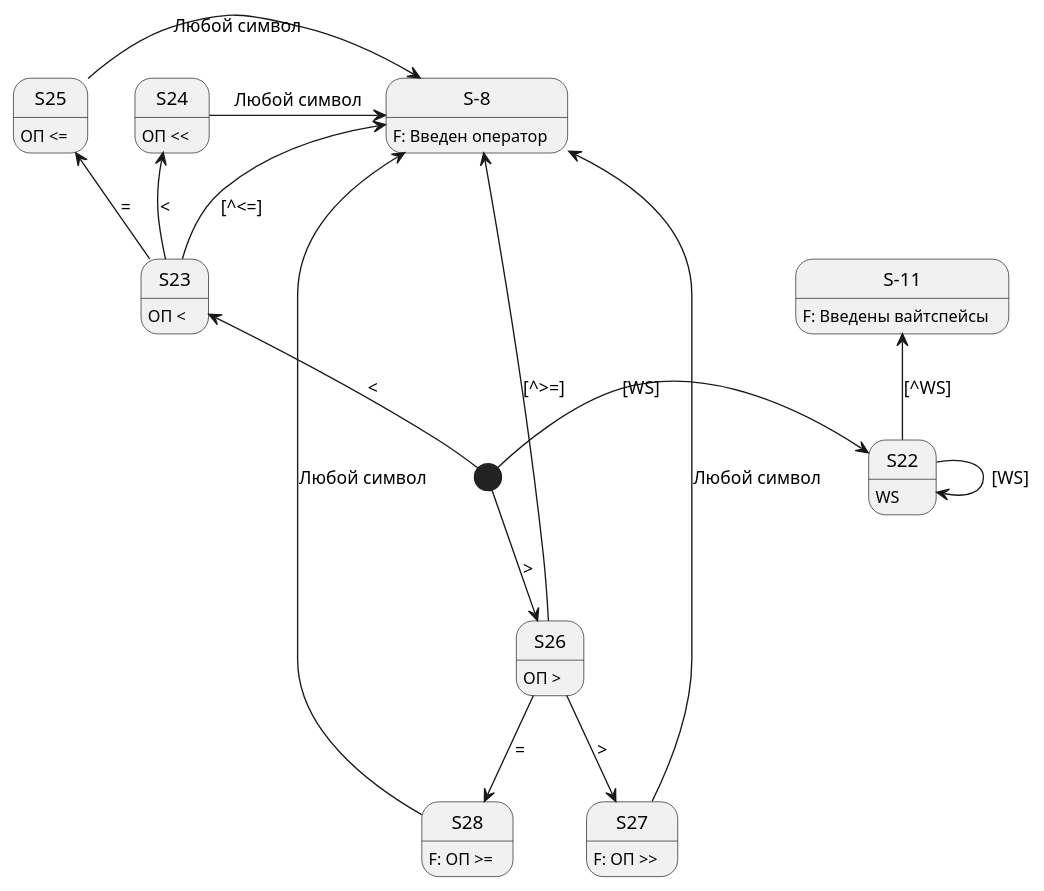
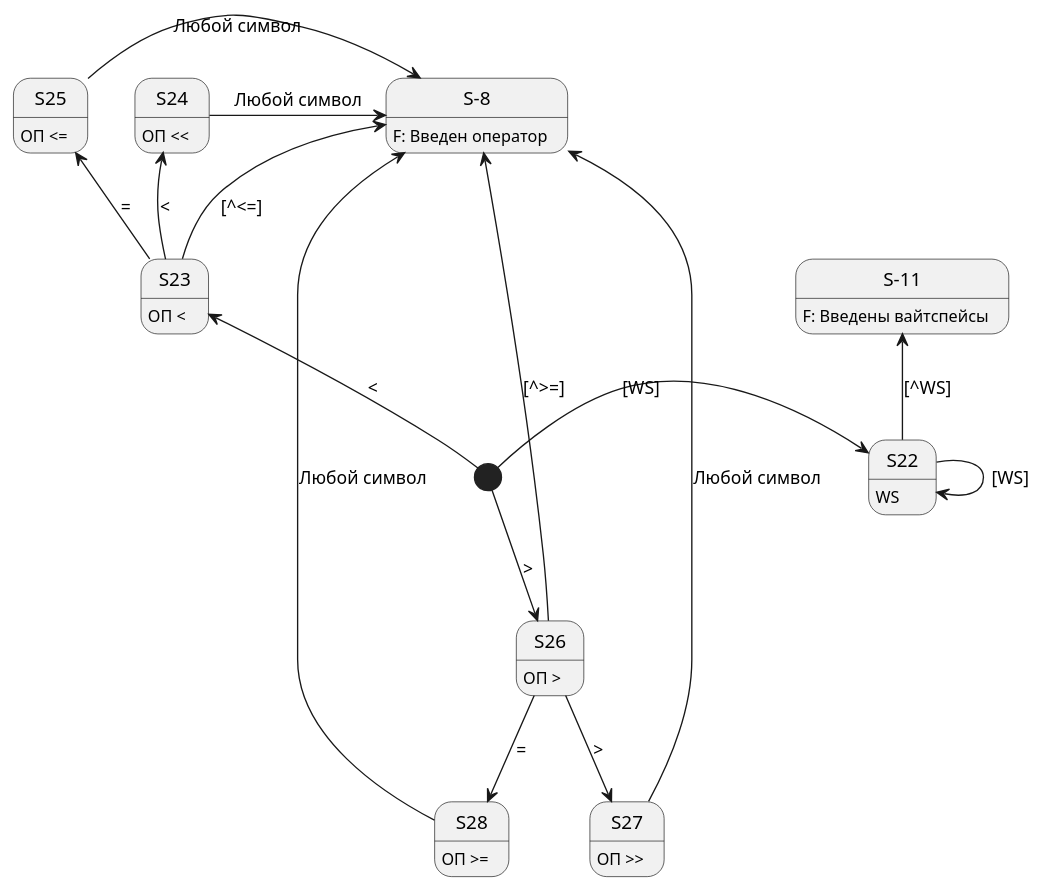
One commit to vladimirlll/CSharpLexicalAnalyzer changed the diagram in Диаграмма состояния для ЛА/sd3.puml. Above: the diagram before and after it, drawn with PlantUML. The commit also changed 6 other files, not shown here.

Commit message:
Небольшие изменения - изменение нейминга в диаграммах, удаление мертвого кода

```diff
--- a/Диаграмма состояния для ЛА/sd3.puml
+++ b/Диаграмма состояния для ЛА/sd3.puml
@@ -1,33 +1,33 @@
 @startuml "sd3"
 
 state "S-8" as Operator
 state "S-11" as WS
 Operator : F: Введен оператор
 WS : F: Введены вайтспейсы
 S22 : WS
 S23 : ОП <
 S24 : ОП <<
 S25 : ОП <=
 S26 : ОП >
-S27 : F: ОП >>
-S28 : F: ОП >=
+S27 : ОП >>
+S28 : ОП >=
 
 [*] -right-> S22 : [WS]
 S22 --> S22 : [WS]
 S22 -up-> WS : [^WS]
 
 [*] -up-> S23 : <
 S23 -up-> Operator : [^<=]
 S23 -up-> S24 : <
 S24 -right-> Operator : Любой символ
 S23 -up-> S25 : =
 S25 -right-> Operator : Любой символ
 
 [*] --> S26 : >
 S26 -up-> Operator : [^>=]
 S26 --> S27 : >
 S27 -up-> Operator : Любой символ
 S26 --> S28 : =
 S28 -up-> Operator : Любой символ
 
 @enduml
```
